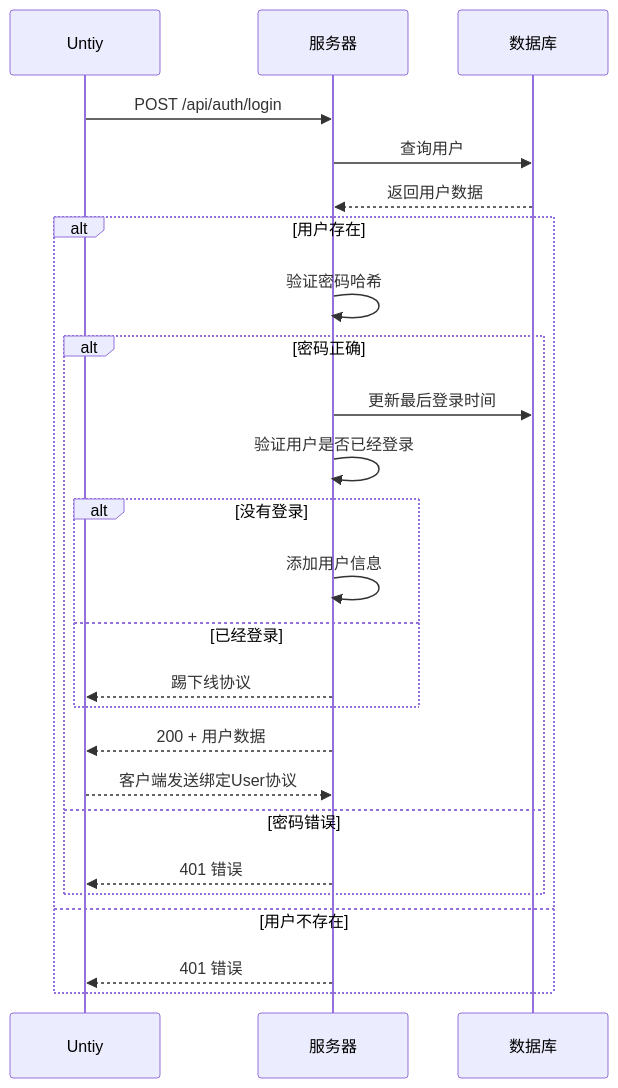
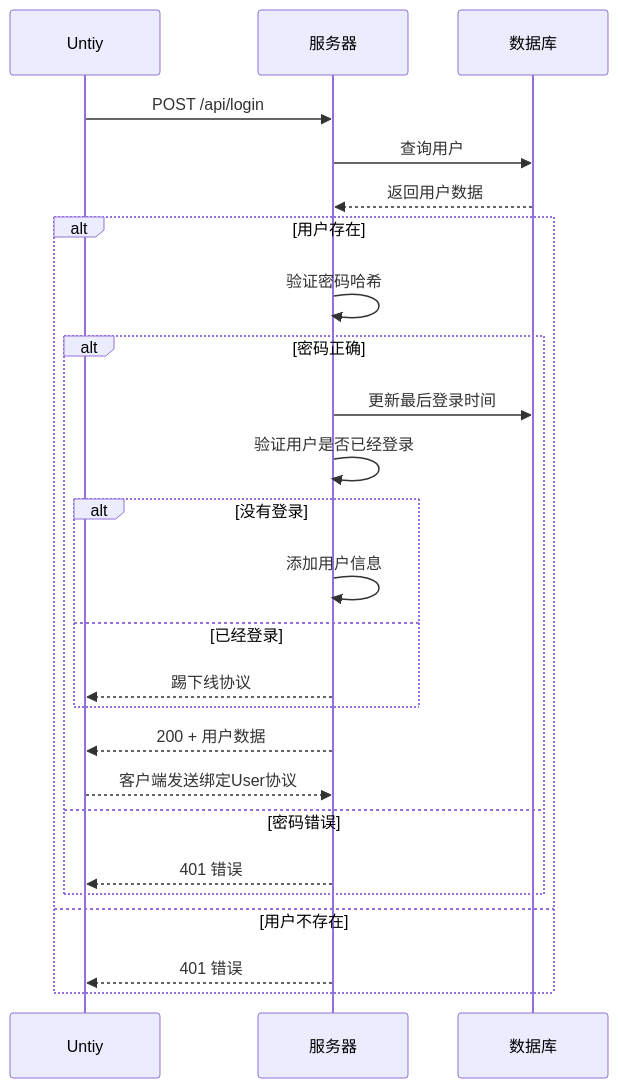
The second of 6 diagrams in README.md (lsxk0830/NetworkGame), drawn with Mermaid before and after one commit. The commit also changed other lines of this file, not shown here.

````diff
--- a/README.md
+++ b/README.md
@@ -65,28 +59,28 @@
 ```mermaid
 sequenceDiagram
     participant Untiy
     participant 服务器
     participant 数据库
     
-    Untiy->>服务器: POST /api/auth/login
+    Untiy->>服务器: POST /api/login
     服务器->>数据库: 查询用户
     数据库-->>服务器: 返回用户数据
     alt 用户存在
         服务器->>服务器: 验证密码哈希
         alt 密码正确
             服务器->>数据库: 更新最后登录时间
             服务器->>服务器: 验证用户是否已经登录
             alt 没有登录
             服务器->>服务器: 添加用户信息
             else 已经登录
             服务器-->>Untiy: 踢下线协议
             end
             服务器-->>Untiy: 200 + 用户数据
             Untiy-->>服务器: 客户端发送绑定User协议
         else 密码错误
             服务器-->>Untiy: 401 错误
         end
     else 用户不存在
         服务器-->>Untiy: 401 错误
     end
 ```
````
